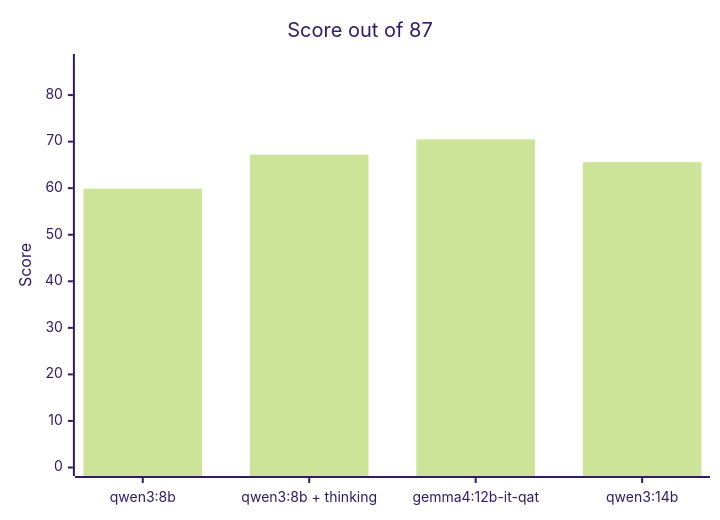
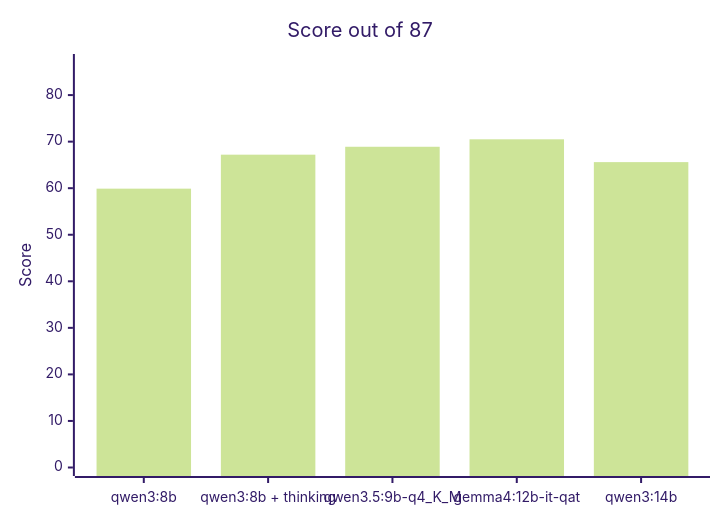
The first of 2 diagrams in docs/benchmarks.md (sdeparte/kb-meeting-agent), drawn with Mermaid (forest theme) before and after one commit. The commit also changed other lines of this file, not shown here.

Commit message:
docs(bench): qwen3.5:9b on strong

````diff
--- a/docs/benchmarks.md
+++ b/docs/benchmarks.md
@@ -50,7 +51,7 @@
 ```mermaid
 xychart-beta
   title "Score out of 87"
-  x-axis ["qwen3:8b", "qwen3:8b + thinking", "gemma4:12b-it-qat", "qwen3:14b"]
+  x-axis ["qwen3:8b", "qwen3:8b + thinking", "qwen3.5:9b-q4_K_M", "gemma4:12b-it-qat", "qwen3:14b"]
   y-axis "Score" 0 --> 87
-  bar [59.9, 67.2, 70.5, 65.6]
+  bar [59.9, 67.2, 68.9, 70.5, 65.6]
 ```
````
